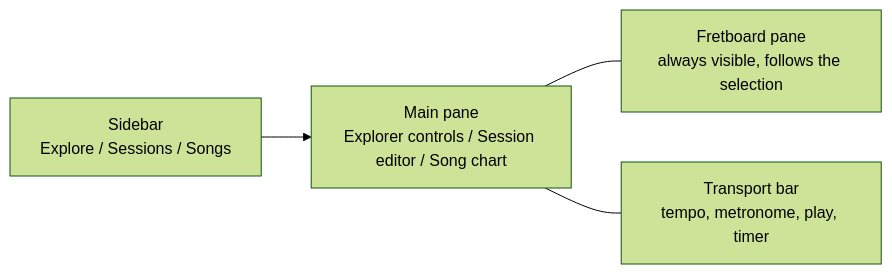
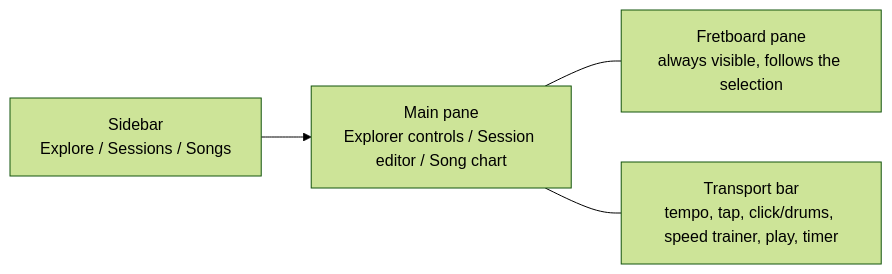
The second of 2 diagrams in docs/architecture.md (stainedhead/mackey-guitar-tutor), drawn with Mermaid (forest theme) before and after one commit. The commit also changed other lines of this file and 6 other files, not shown here.

First line of the commit message:
docs: add metronome, drum backing and speed trainer design

````diff
--- a/docs/architecture.md
+++ b/docs/architecture.md
@@ -146,6 +151,6 @@
 ```mermaid
 flowchart LR
     Sidebar[Sidebar<br/>Explore / Sessions / Songs] --> Main
     Main[Main pane<br/>Explorer controls / Session editor / Song chart] --- Neck[Fretboard pane<br/>always visible, follows the selection]
-    Main --- Transport[Transport bar<br/>tempo, metronome, play, timer]
+    Main --- Transport[Transport bar<br/>tempo, tap, click/drums, speed trainer, play, timer]
 ```
````
